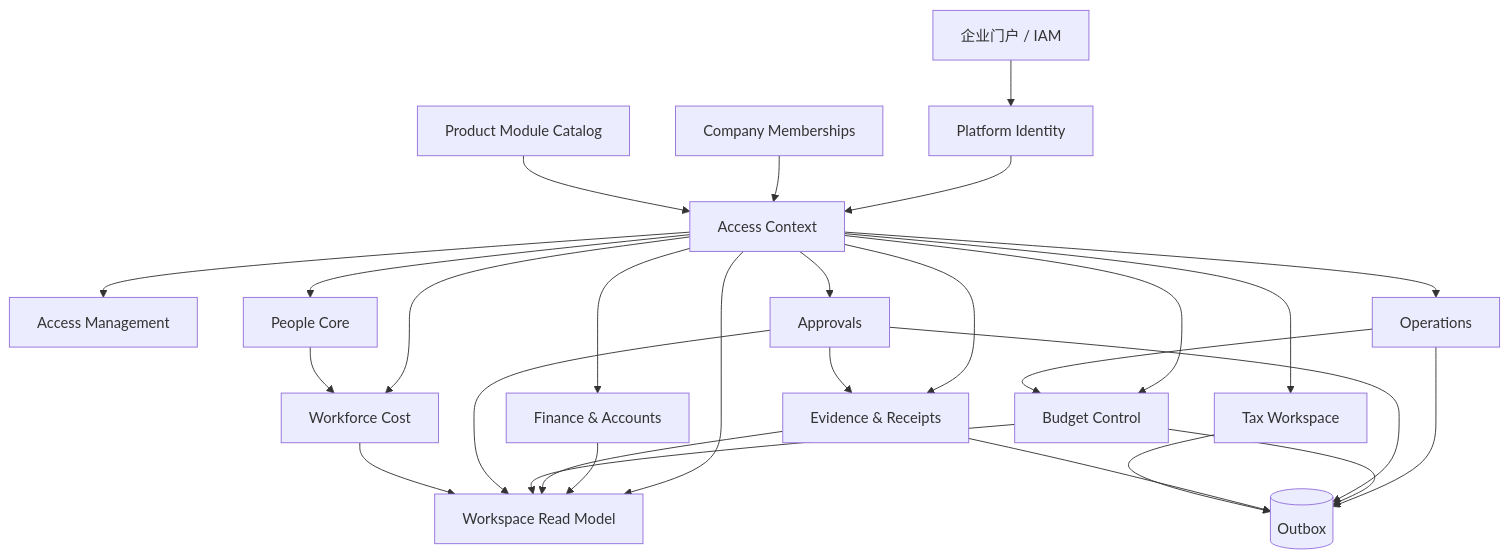
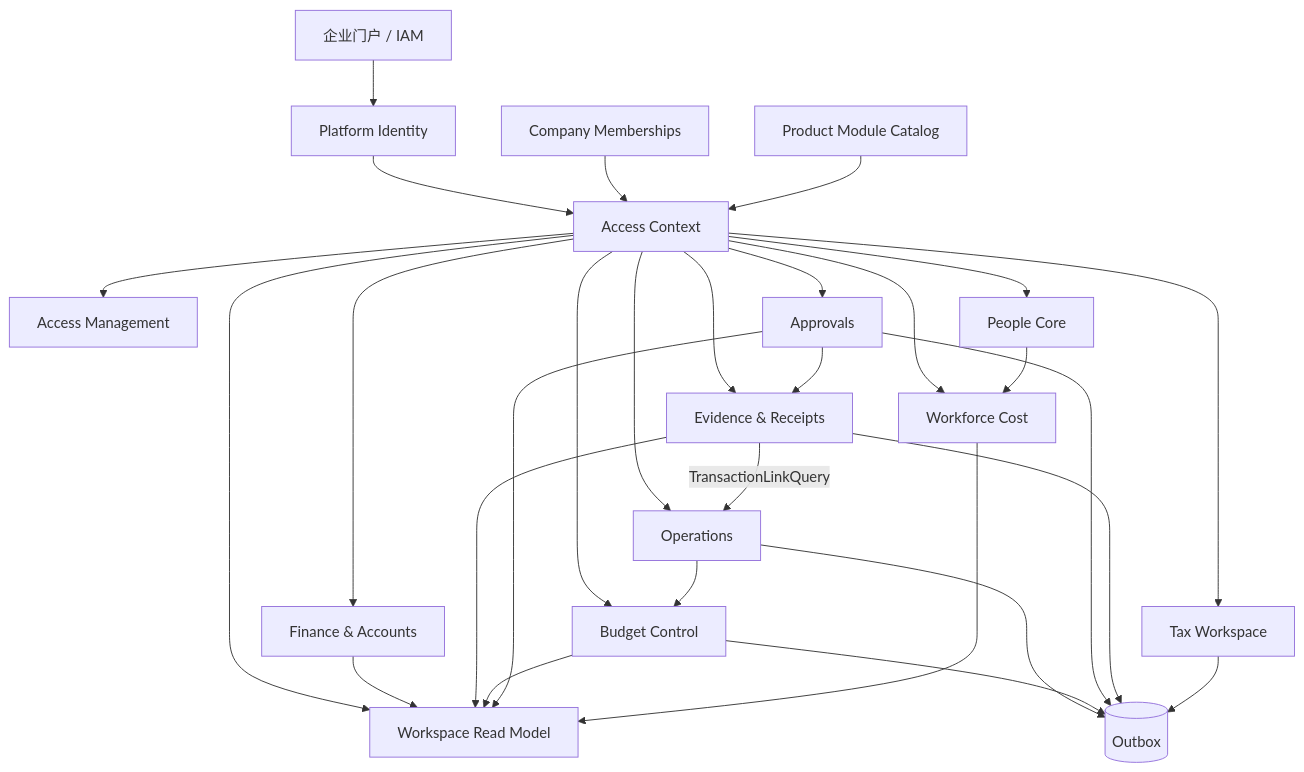
The diagram in docs/ENTERPRISE_MODULE_ARCHITECTURE.md (tiammomo/Mamoji), drawn with Mermaid before and after one commit. The commit also changed other lines of this file and 12 other files, not shown here.

Commit message:
refactor: narrow receipt transaction link query

````diff
--- a/docs/ENTERPRISE_MODULE_ARCHITECTURE.md
+++ b/docs/ENTERPRISE_MODULE_ARCHITECTURE.md
@@ -17,33 +17,34 @@
 ```mermaid
 flowchart TB
     host[企业门户 / IAM] --> identity[Platform Identity]
     identity --> access[Access Context]
     tenant[Company Memberships] --> access
     product[Product Module Catalog] --> access
 
     access --> accessManagement[Access Management]
     access --> workspace[Workspace Read Model]
     access --> approvals[Approvals]
     access --> operations[Operations]
     access --> budget[Budget Control]
     access --> finance[Finance & Accounts]
     access --> evidence[Evidence & Receipts]
     access --> tax[Tax Workspace]
     access --> people[People Core]
     access --> workforce[Workforce Cost]
 
     operations --> budget
+    evidence -->|TransactionLinkQuery| operations
     approvals --> evidence
     finance --> workspace
     evidence --> workspace
     budget --> workspace
     approvals --> workspace
     people --> workforce
     workforce --> workspace
 
     operations --> outbox[(Outbox)]
     budget --> outbox
     approvals --> outbox
     evidence --> outbox
     tax --> outbox
 ```
````
